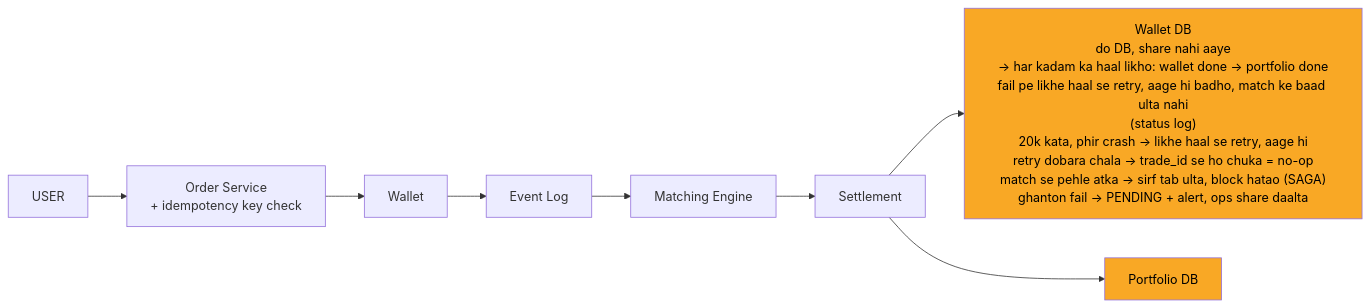
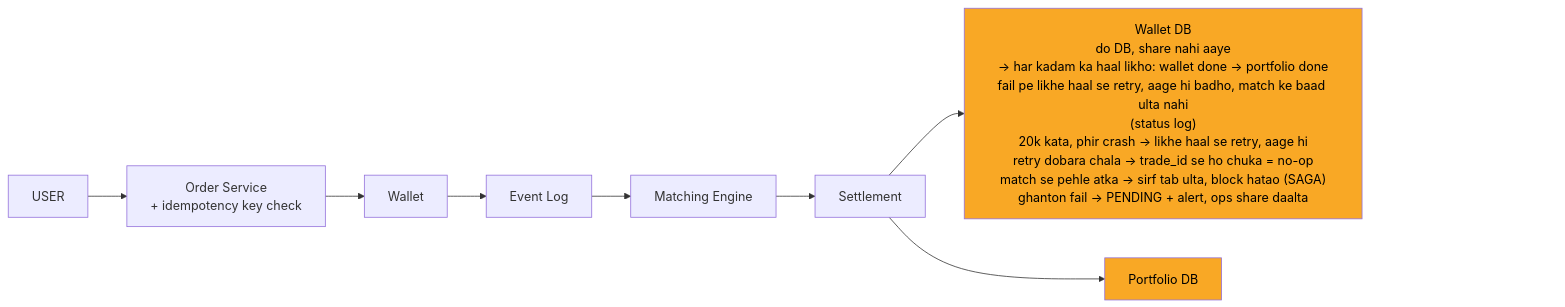
One commit to ArpanMaheshwari144/Prep changed the eighth of 10 diagrams in 04_HLD/SYSTEM_DESIGNS/05_stock_broker_trading/05_stock_broker_trading.md. Above: the diagram before and after it, drawn with Mermaid. The commit also changed other lines of this file and 13 other files, not shown here.

Commit message:
hld 14 file: har diagram ke daayein andekha dabba, zoom button asli dabbe pe na aaye

````diff
--- a/04_HLD/SYSTEM_DESIGNS/05_stock_broker_trading/05_stock_broker_trading.md
+++ b/04_HLD/SYSTEM_DESIGNS/05_stock_broker_trading/05_stock_broker_trading.md
@@ -316,21 +337,24 @@
 ```mermaid
 %%{init: {"flowchart": {"wrappingWidth": 450}}}%%
 flowchart LR
     n_USER["USER"]
     n_Order_Service["Order Service<br/>+ idempotency key check"]
     n_Wallet["Wallet"]
     n_Event_Log["Event Log"]
     n_Matching_Engine["Matching Engine"]
     n_Settlement["Settlement"]
     n_Wallet_DB["Wallet DB<br/>do DB, share nahi aaye<br/>-> har kadam ka haal likho: wallet done -> portfolio done<br/>fail pe likhe haal se retry, aage hi badho, match ke baad ulta nahi<br/>(status log)<br/>20k kata, phir crash -> likhe haal se retry, aage hi<br/>retry dobara chala -> trade_id se ho chuka = no-op<br/>match se pehle atka -> sirf tab ulta, block hatao (SAGA)<br/>ghanton fail -> PENDING + alert, ops share daalta"]
     n_Portfolio_DB["Portfolio DB"]
     n_USER --> n_Order_Service
     n_Order_Service --> n_Wallet
     n_Wallet --> n_Event_Log
     n_Event_Log --> n_Matching_Engine
     n_Matching_Engine --> n_Settlement
     n_Settlement --> n_Wallet_DB
     n_Settlement --> n_Portfolio_DB
+    n_pad["xxxxxxxxxxxxxxxx"]
+    n_Portfolio_DB ~~~ n_pad
     style n_Wallet_DB fill:#f9a825,color:#000
     style n_Portfolio_DB fill:#f9a825,color:#000
+    style n_pad fill:none,stroke:none,color:#ffffff00
 ```
````
